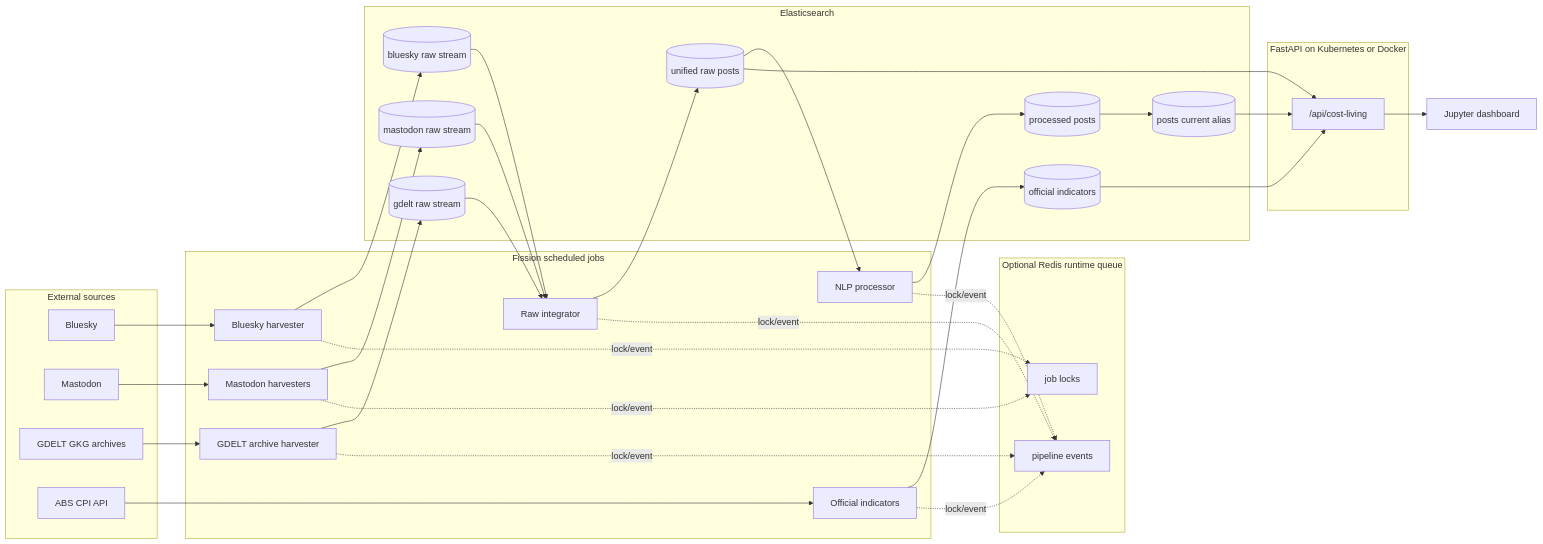
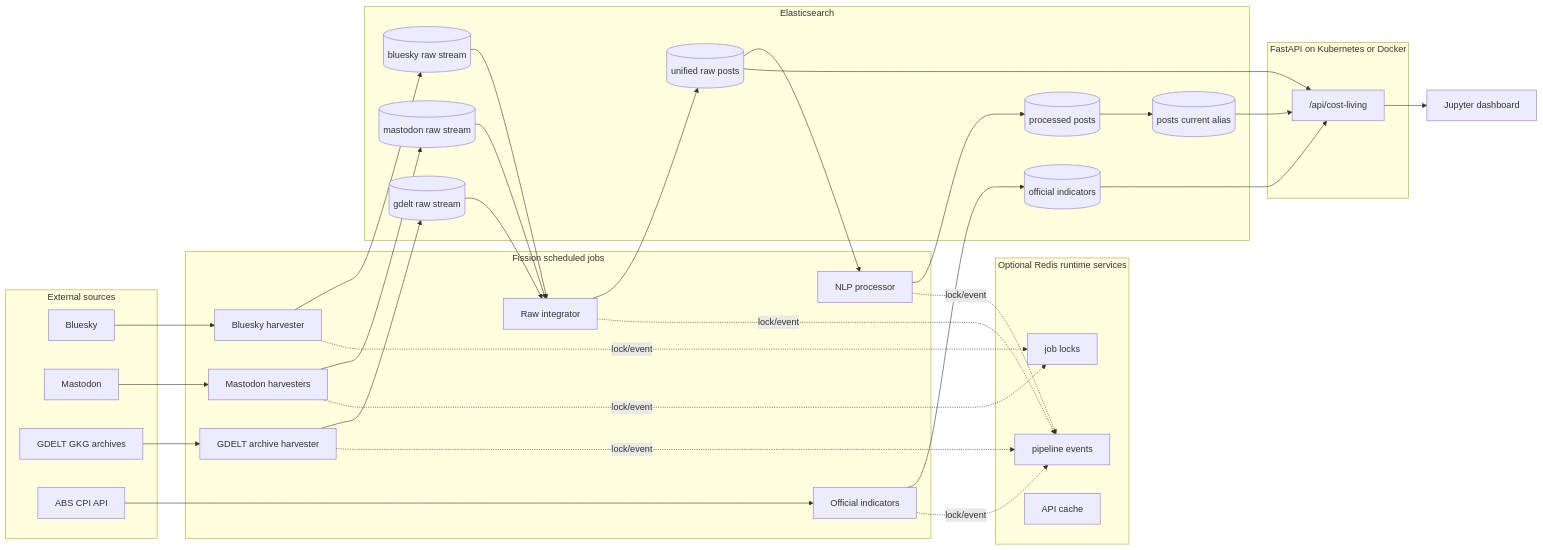
Before and after one commit to BlackMirean/cost-living-data-platform: the diagram in README.md, drawn with Mermaid. The commit also changed other lines of this file and 28 other files, not shown here.

Commit message:
Prune compatibility paths and add Redis API cache

````diff
--- a/README.md
+++ b/README.md
@@ -20,55 +20,56 @@
 ```mermaid
 flowchart LR
     subgraph Sources["External sources"]
         BS["Bluesky"]
         MA["Mastodon"]
         GD["GDELT GKG archives"]
         ABS["ABS CPI API"]
     end
 
     subgraph Jobs["Fission scheduled jobs"]
         HBS["Bluesky harvester"]
         HMA["Mastodon harvesters"]
         HGD["GDELT archive harvester"]
         RAWINT["Raw integrator"]
         NLP["NLP processor"]
         CPI["Official indicators"]
     end
 
-    subgraph RQ["Optional Redis runtime queue"]
+    subgraph RQ["Optional Redis runtime services"]
         LOCKS["job locks"]
         EVENTS["pipeline events"]
+        CACHE["API cache"]
     end
 
     subgraph ES["Elasticsearch"]
         BSR[("bluesky raw stream")]
         MAR[("mastodon raw stream")]
         GDR[("gdelt raw stream")]
         RAW[("unified raw posts")]
         PROC[("processed posts")]
         ALIAS[("posts current alias")]
         IND[("official indicators")]
     end
 
     subgraph API["FastAPI on Kubernetes or Docker"]
         ROUTES["/api/cost-living"]
     end
 
     NB["Jupyter dashboard"]
 
     BS --> HBS --> BSR --> RAWINT
     MA --> HMA --> MAR --> RAWINT
     GD --> HGD --> GDR --> RAWINT
     RAWINT --> RAW --> NLP --> PROC --> ALIAS
     ABS --> CPI --> IND
     HBS -. lock/event .-> LOCKS
     HMA -. lock/event .-> LOCKS
     HGD -. lock/event .-> EVENTS
     RAWINT -. lock/event .-> EVENTS
     NLP -. lock/event .-> EVENTS
     CPI -. lock/event .-> EVENTS
     RAW --> ROUTES
     ALIAS --> ROUTES
     IND --> ROUTES
     ROUTES --> NB
 ```
````
